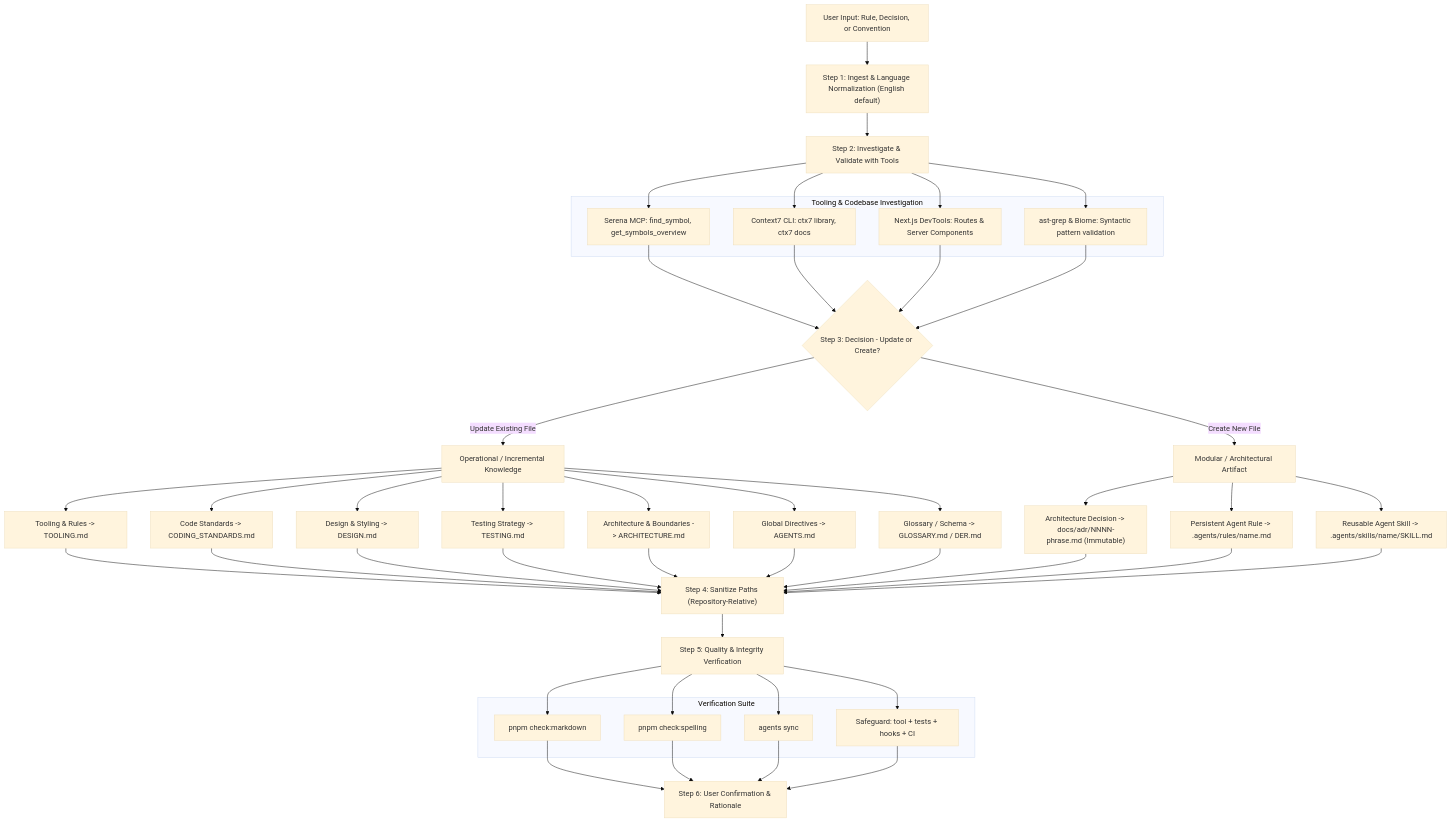
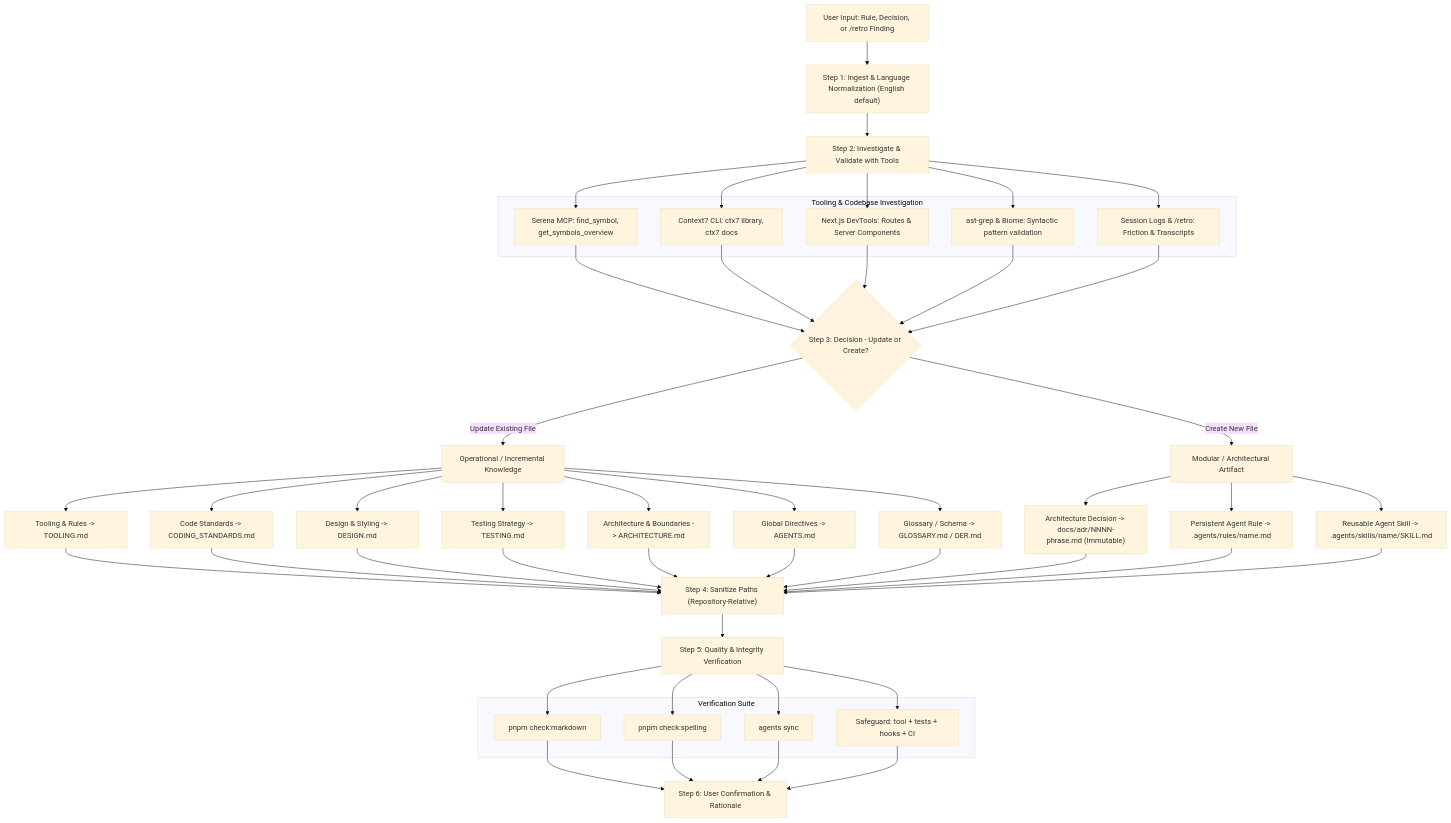
Before and after one commit to ianmaciel7/shadcn-firebase-template: the diagram in .agents/skills/save/SKILL.md, drawn with Mermaid (base theme). The commit also changed other lines of this file and 3 other files, not shown here.

````diff
--- a/.agents/skills/save/SKILL.md
+++ b/.agents/skills/save/SKILL.md
@@ -181,64 +200,67 @@
 ```mermaid
 flowchart TD
-    A["User Input: Rule, Decision, or Convention"] --> B["Step 1: Ingest & Language Normalization (English default)"]
+    A["User Input: Rule, Decision, or /retro Finding"] --> B["Step 1: Ingest & Language Normalization (English default)"]
     B --> C["Step 2: Investigate & Validate with Tools"]
     
     subgraph ToolingInvestigation ["Tooling & Codebase Investigation"]
         C1["Serena MCP: find_symbol, get_symbols_overview"]
         C2["Context7 CLI: ctx7 library, ctx7 docs"]
         C3["Next.js DevTools: Routes & Server Components"]
         C4["ast-grep & Biome: Syntactic pattern validation"]
+        C5["Session Logs & /retro: Friction & Transcripts"]
     end
 
     C --> C1
     C --> C2
     C --> C3
     C --> C4
+    C --> C5
 
     C1 --> D{"Step 3: Decision - Update or Create?"}
     C2 --> D
     C3 --> D
     C4 --> D
+    C5 --> D
 
     D -- "Update Existing File" --> E["Operational / Incremental Knowledge"]
     E --> E1["Tooling & Rules -> TOOLING.md"]
     E --> E2["Code Standards -> CODING_STANDARDS.md"]
     E --> E3["Design & Styling -> DESIGN.md"]
     E --> E4["Testing Strategy -> TESTING.md"]
     E --> E5["Architecture & Boundaries -> ARCHITECTURE.md"]
     E --> E6["Global Directives -> AGENTS.md"]
     E --> E7["Glossary / Schema -> GLOSSARY.md / DER.md"]
 
     D -- "Create New File" --> F["Modular / Architectural Artifact"]
     F --> F1["Architecture Decision -> docs/adr/NNNN-phrase.md (Immutable)"]
     F --> F2["Persistent Agent Rule -> .agents/rules/name.md"]
     F --> F3["Reusable Agent Skill -> .agents/skills/name/SKILL.md"]
 
     E1 --> G["Step 4: Sanitize Paths (Repository-Relative)"]
     E2 --> G
     E3 --> G
     E4 --> G
     E5 --> G
     E6 --> G
     E7 --> G
     F1 --> G
     F2 --> G
     F3 --> G
 
     G --> H["Step 5: Quality & Integrity Verification"]
     subgraph VerificationSuite ["Verification Suite"]
         H1["pnpm check:markdown"]
         H2["pnpm check:spelling"]
         H3["agents sync"]
         H4["Safeguard: tool + tests + hooks + CI"]
     end
     H --> H1
     H --> H2
     H --> H3
     H --> H4
 
     H1 --> I["Step 6: User Confirmation & Rationale"]
     H2 --> I
     H3 --> I
     H4 --> I
 ```
````
